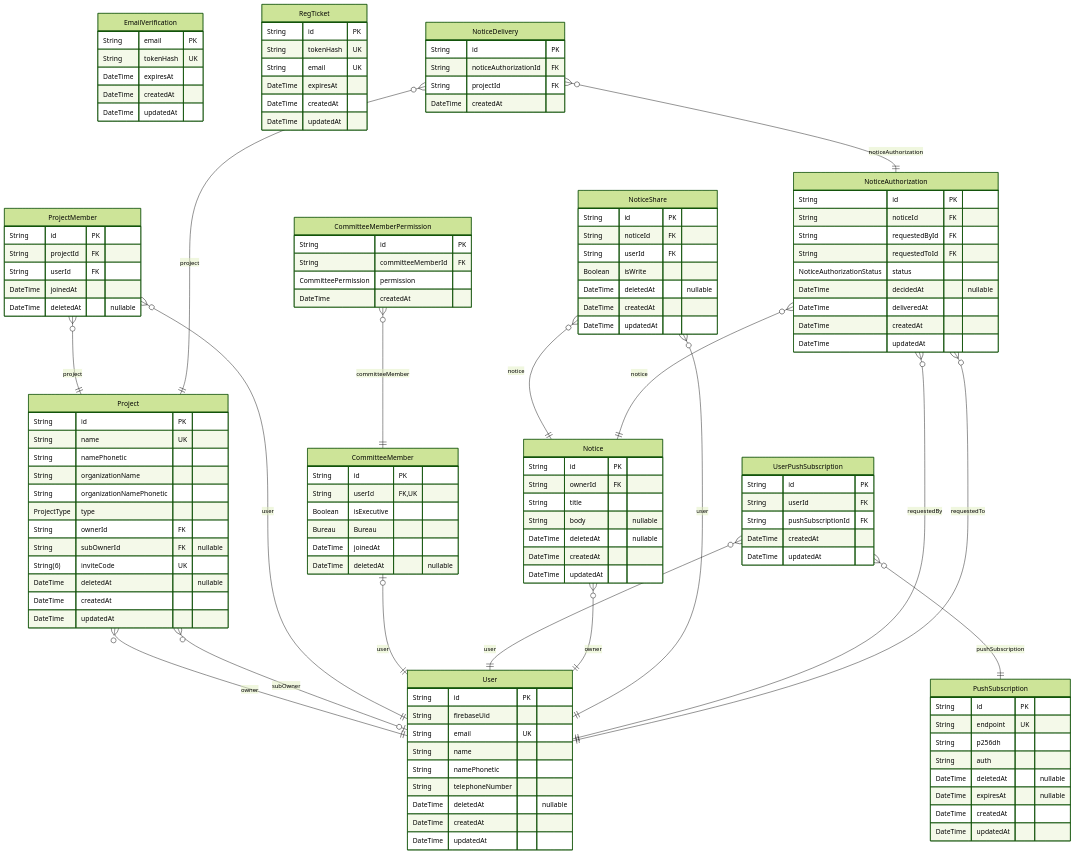
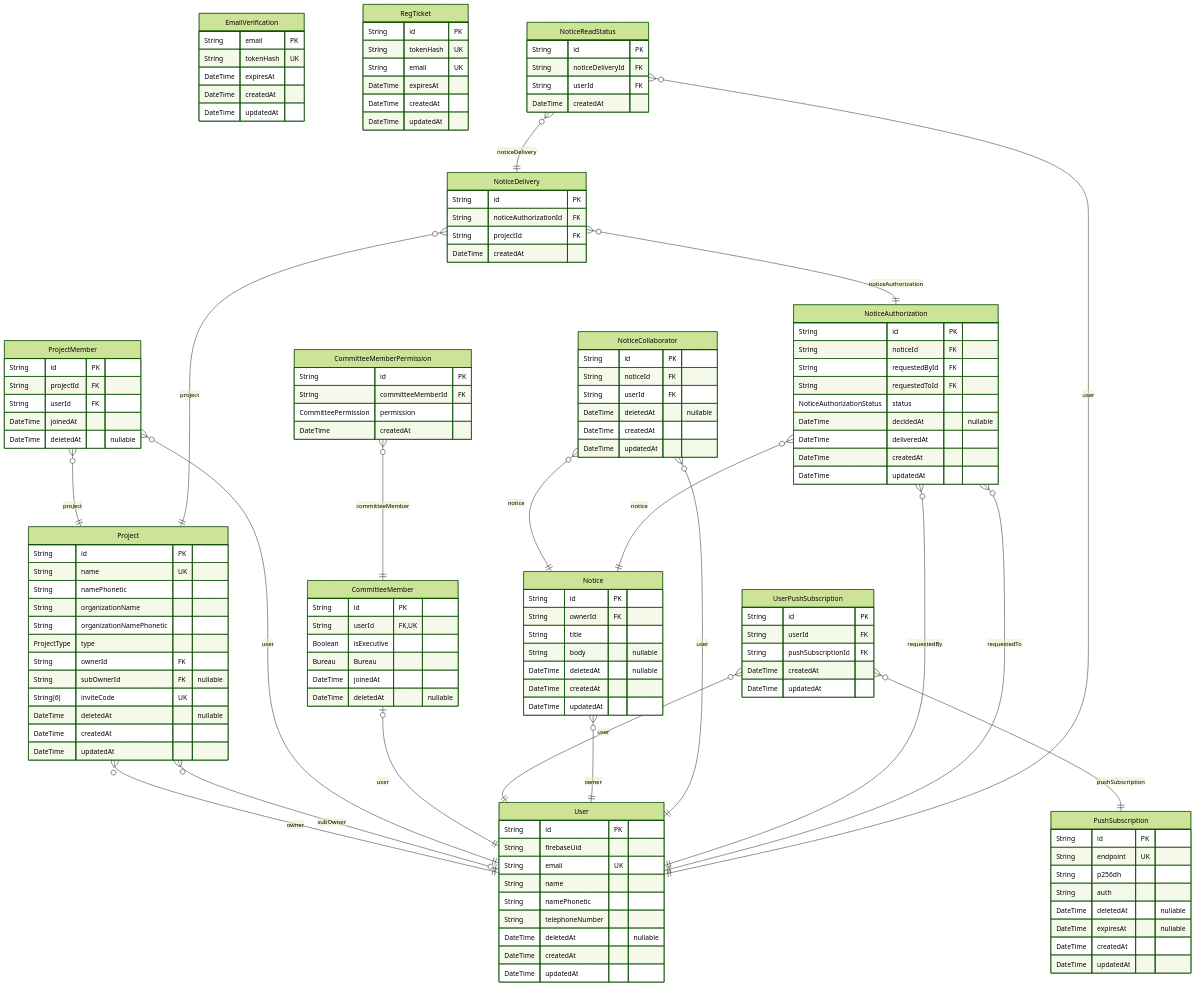
Before and after one commit to sohosai/sos26: the diagram in apps/api/prisma/ERD.md, drawn with Mermaid (forest theme). The commit also changed other lines of this file and 2 other files, not shown here.

Commit message:
notion関係のschema変更

````diff
--- a/apps/api/prisma/ERD.md
+++ b/apps/api/prisma/ERD.md
@@ -95,11 +95,10 @@
   DateTime createdAt
   DateTime updatedAt
 }
-"NoticeShare" {
+"NoticeCollaborator" {
   String id PK
   String noticeId FK
   String userId FK
-  Boolean isWrite
   DateTime deletedAt "nullable"
   DateTime createdAt
   DateTime updatedAt
@@ -121,6 +120,12 @@
   String projectId FK
   DateTime createdAt
 }
+"NoticeReadStatus" {
+  String id PK
+  String noticeDeliveryId FK
+  String userId FK
+  DateTime createdAt
+}
 "Project" }o--|| "User" : owner
 "Project" }o--o| "User" : subOwner
 "ProjectMember" }o--|| "Project" : project
@@ -130,11 +135,13 @@
 "UserPushSubscription" }o--|| "User" : user
 "UserPushSubscription" }o--|| "PushSubscription" : pushSubscription
 "Notice" }o--|| "User" : owner
-"NoticeShare" }o--|| "Notice" : notice
-"NoticeShare" }o--|| "User" : user
+"NoticeCollaborator" }o--|| "Notice" : notice
+"NoticeCollaborator" }o--|| "User" : user
 "NoticeAuthorization" }o--|| "Notice" : notice
 "NoticeAuthorization" }o--|| "User" : requestedBy
 "NoticeAuthorization" }o--|| "User" : requestedTo
 "NoticeDelivery" }o--|| "NoticeAuthorization" : noticeAuthorization
 "NoticeDelivery" }o--|| "Project" : project
+"NoticeReadStatus" }o--|| "NoticeDelivery" : noticeDelivery
+"NoticeReadStatus" }o--|| "User" : user
 ```
````
